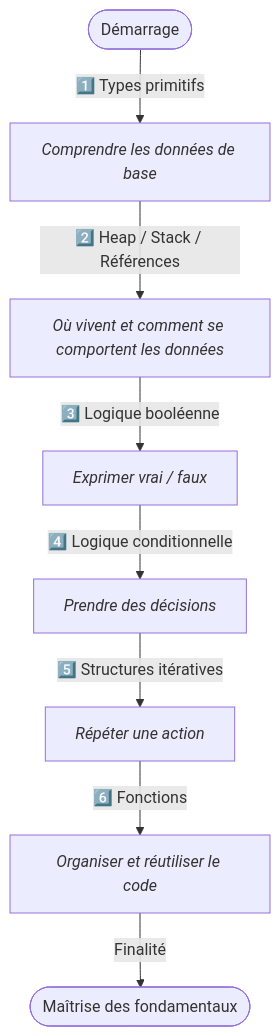
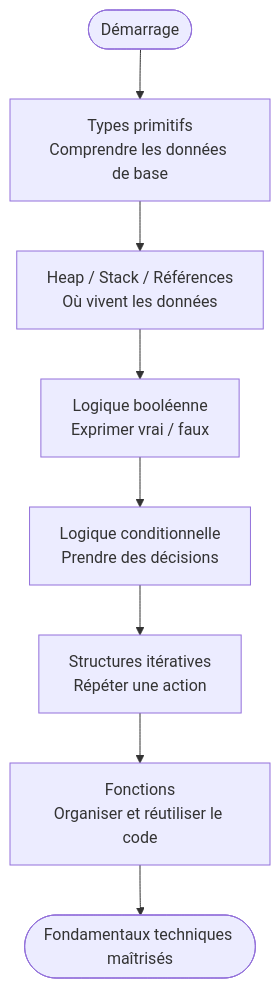
Before and after one commit to zyrass/omnydocs: the diagram in docs/bases/fondamentaux/index.md, drawn with Mermaid. The commit also changed other lines of this file and 12 other files, not shown here.

Commit message:
feat: amélioration du contenu des primitifs !!

````diff
--- a/docs/bases/fondamentaux/index.md
+++ b/docs/bases/fondamentaux/index.md
@@ -98,10 +95,14 @@
 ```mermaid
-graph TB
-    Start([Démarrage]) -->|1️⃣ Types primitifs| TP["<i>Comprendre les données de base</i>"]
-    TP -->|2️⃣ Heap / Stack / Références| Mem["<i>Où vivent et comment se comportent les données</i>"]
-    Mem -->|3️⃣ Logique booléenne| Bool["<i>Exprimer vrai / faux</i>"]
-    Bool -->|4️⃣ Logique conditionnelle| Cond["<i>Prendre des décisions</i>"]
-    Cond -->|5️⃣ Structures itératives| Iter["<i>Répéter une action</i>"]
-    Iter -->|6️⃣ Fonctions| Func["<i>Organiser et réutiliser le code</i>"]
-    Func -->|"Finalité"| End([Maîtrise des fondamentaux])
+flowchart TB
+  Start([Démarrage])
+
+  TP["Types primitifs<br/>Comprendre les données de base"]
+  Mem["Heap / Stack / Références<br/>Où vivent les données"]
+  Bool["Logique booléenne<br/>Exprimer vrai / faux"]
+  Cond["Logique conditionnelle<br/>Prendre des décisions"]
+  Iter["Structures itératives<br/>Répéter une action"]
+  Func["Fonctions<br/>Organiser et réutiliser le code"]
+  End([Fondamentaux techniques maîtrisés])
+
+  Start --> TP --> Mem --> Bool --> Cond --> Iter --> Func --> End
 ```
````
